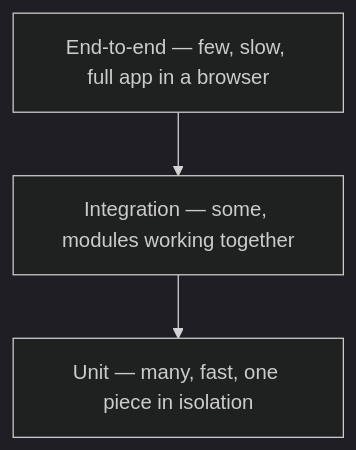
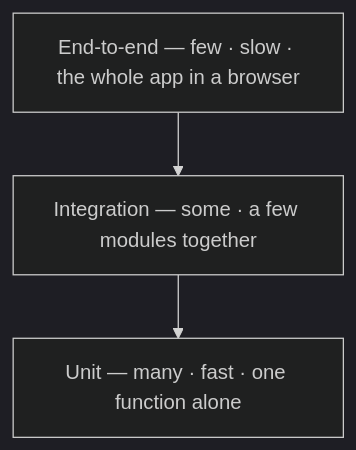
One commit to heshassan22/netcentric-academy changed the diagram in src/content/unit-testing/01-fundamentals.mdx. Above: the diagram before and after it, drawn with Mermaid (dark theme). The commit also changed other lines of this file and 8 other files, not shown here.

````diff
--- a/src/content/unit-testing/01-fundamentals.mdx
+++ b/src/content/unit-testing/01-fundamentals.mdx
@@ -21,7 +38,7 @@
 ```mermaid
 flowchart TB
-  E["End-to-end — few, slow, full app in a browser"]
-  I["Integration — some, modules working together"]
-  U["Unit — many, fast, one piece in isolation"]
+  E["End-to-end — few · slow · the whole app in a browser"]
+  I["Integration — some · a few modules together"]
+  U["Unit — many · fast · one function alone"]
   E --> I --> U
 ```
````
